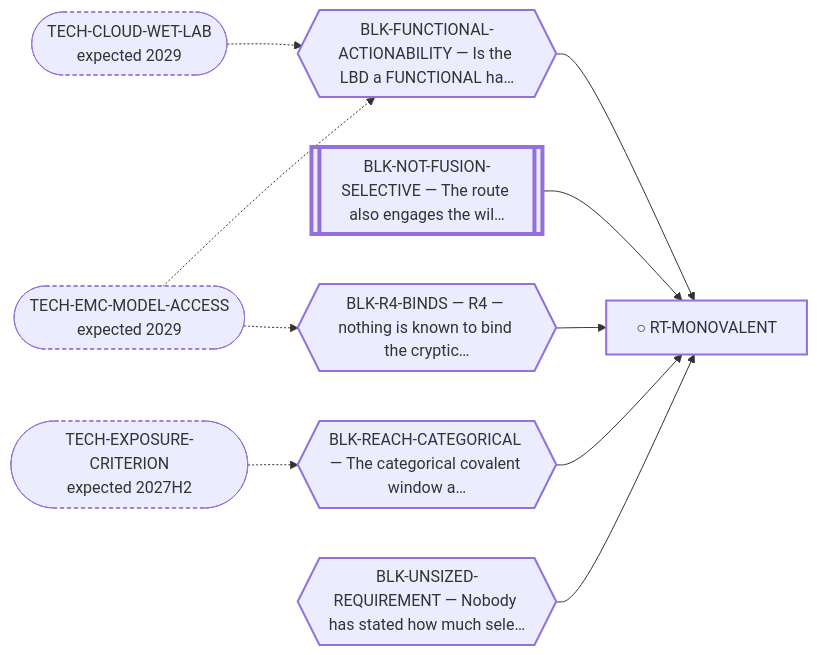
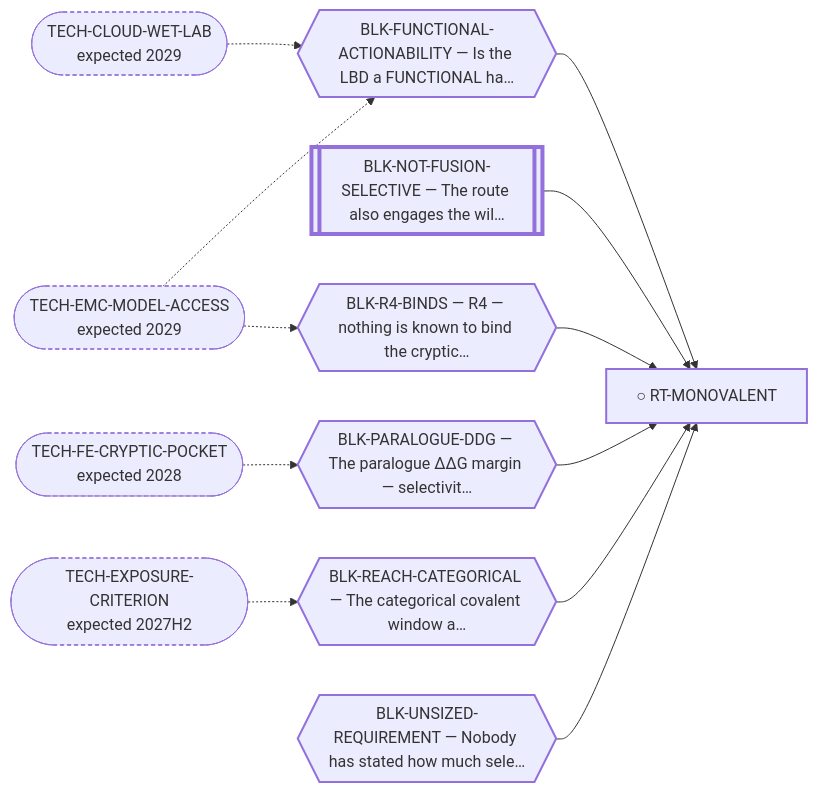
The diagram in systems/views/L2-rt-monovalent.md (trimcrae/Rare-cancers), drawn with Mermaid before and after one commit. The commit also changed other lines of this file and 11 other files, not shown here.

````diff
--- a/systems/views/L2-rt-monovalent.md
+++ b/systems/views/L2-rt-monovalent.md
@@ -27,26 +27,30 @@
 ```mermaid
 flowchart LR
   RT_MONOVALENT["○ RT-MONOVALENT"]:::fam
   BLK_FUNCTIONAL_ACTIONABILITY{{"BLK-FUNCTIONAL-ACTIONABILITY — Is the LBD a FUNCTIONAL ha…"}}:::blk
   BLK_FUNCTIONAL_ACTIONABILITY --> RT_MONOVALENT
   TECH_CLOUD_WET_LAB(["TECH-CLOUD-WET-LAB<br/>expected 2029"]):::tech
   TECH_CLOUD_WET_LAB -.-> BLK_FUNCTIONAL_ACTIONABILITY
   TECH_EMC_MODEL_ACCESS(["TECH-EMC-MODEL-ACCESS<br/>expected 2029"]):::tech
   TECH_EMC_MODEL_ACCESS -.-> BLK_FUNCTIONAL_ACTIONABILITY
   BLK_NOT_FUSION_SELECTIVE[["BLK-NOT-FUSION-SELECTIVE — The route also engages the wil…"]]:::perm
   BLK_NOT_FUSION_SELECTIVE --> RT_MONOVALENT
+  BLK_PARALOGUE_DDG{{"BLK-PARALOGUE-DDG — The paralogue ΔΔG margin — selectivit…"}}:::blk
+  BLK_PARALOGUE_DDG --> RT_MONOVALENT
+  TECH_FE_CRYPTIC_POCKET(["TECH-FE-CRYPTIC-POCKET<br/>expected 2028"]):::tech
+  TECH_FE_CRYPTIC_POCKET -.-> BLK_PARALOGUE_DDG
   BLK_R4_BINDS{{"BLK-R4-BINDS — R4 — nothing is known to bind the cryptic…"}}:::blk
   BLK_R4_BINDS --> RT_MONOVALENT
   TECH_EMC_MODEL_ACCESS(["TECH-EMC-MODEL-ACCESS<br/>expected 2029"]):::tech
   TECH_EMC_MODEL_ACCESS -.-> BLK_R4_BINDS
   BLK_REACH_CATEGORICAL{{"BLK-REACH-CATEGORICAL — The categorical covalent window a…"}}:::blk
   BLK_REACH_CATEGORICAL --> RT_MONOVALENT
   TECH_EXPOSURE_CRITERION(["TECH-EXPOSURE-CRITERION<br/>expected 2027H2"]):::tech
   TECH_EXPOSURE_CRITERION -.-> BLK_REACH_CATEGORICAL
   BLK_UNSIZED_REQUIREMENT{{"BLK-UNSIZED-REQUIREMENT — Nobody has stated how much sele…"}}:::blk
   BLK_UNSIZED_REQUIREMENT --> RT_MONOVALENT
   classDef fam stroke-width:2px;
   classDef blk stroke-width:2px;
   classDef perm stroke-width:4px;
   classDef tech stroke-width:1px,stroke-dasharray:4 3;
 ```
````
